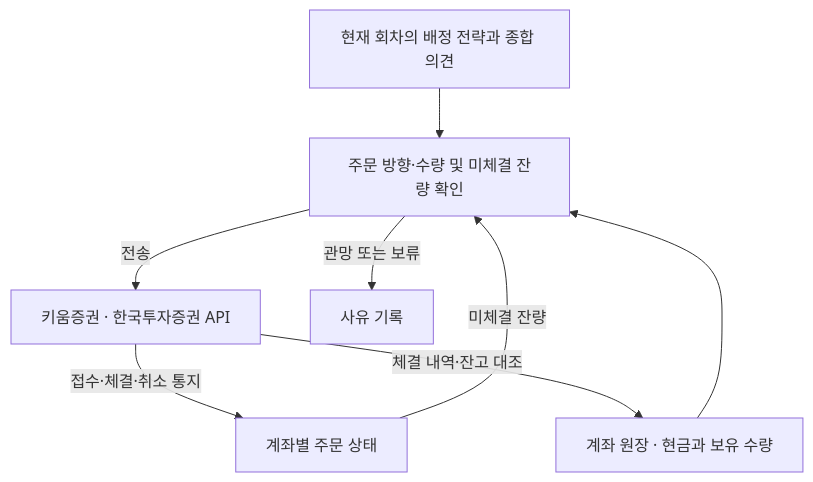
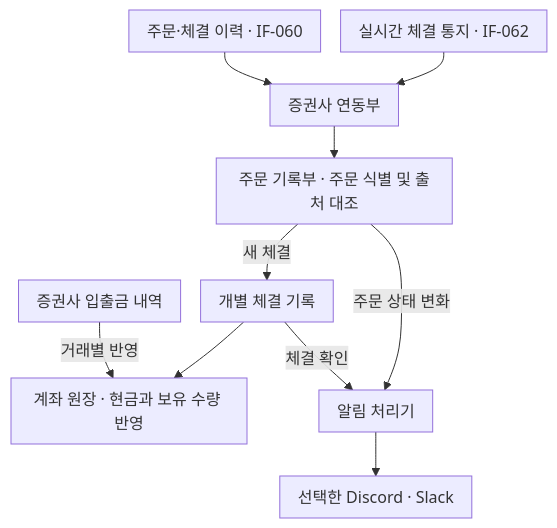
The fourth of 4 diagrams in 01. 전체 아키텍처.md (vaynel/stockpilot), drawn with Mermaid before and after one commit. The commit also changed other lines of this file and 44 other files, not shown here.

````diff
--- a/01. 전체 아키텍처.md
+++ b/01. 전체 아키텍처.md
@@ -64,10 +96,13 @@
 ```mermaid
-flowchart TB
-    decision["현재 회차의 배정 전략과 종합 의견"] --> gate["주문 방향·수량 및 미체결 잔량 확인"]
-    ledger["계좌 원장 · 현금과 보유 수량"] --> gate
-    gate -->|전송| broker["키움증권 · 한국투자증권 API"]
-    gate -->|관망 또는 보류| reason["사유 기록"]
-    broker -->|접수·체결·취소 통지| orders["계좌별 주문 상태"]
-    orders -->|미체결 잔량| gate
-    broker -->|체결 내역·잔고 대조| ledger
+%%{init: {"flowchart": {"nodeSpacing": 20, "rankSpacing": 32, "padding": 9}}}%%
+flowchart TD
+    notice["실시간 체결 통지 · IF-062"] --> adapter["증권사 연동부"]
+    poll["주문·체결 이력 · IF-060"] --> adapter
+    adapter --> record["주문 기록부 · 주문 식별 및 출처 대조"]
+    record -->|새 체결| fill["개별 체결 기록"]
+    fill --> post["계좌 원장 · 현금과 보유 수량 반영"]
+    cash["증권사 입출금 내역"] -->|거래별 반영| post
+    record -->|주문 상태 변화| alerts["알림 처리기"]
+    fill -->|체결 확인| alerts
+    alerts --> channel["선택한 Discord · Slack"]
 ```
````
